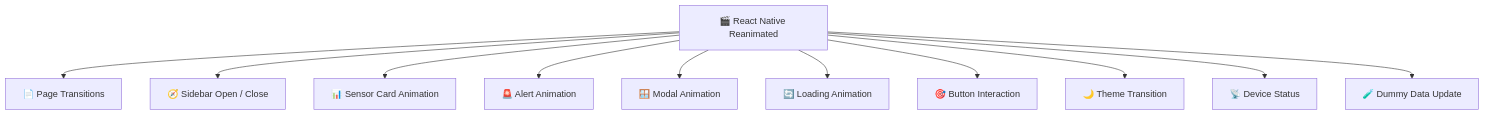
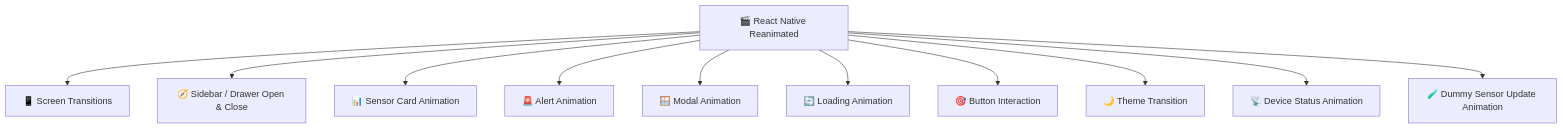
The tenth of 13 diagrams in README.md (abhishekkjaiml/smart-haven-2.0-app), drawn with Mermaid before and after one commit. The commit also changed other lines of this file, not shown here.

Commit message:
update README.md animation

````diff
--- a/README.md
+++ b/README.md
@@ -806,36 +806,36 @@
 ```mermaid
 flowchart TB
 
     MOTION["🎬 React Native Reanimated"]
 
-    PAGE["📄 Page Transitions"]
+    PAGE["📱 Screen Transitions"]
 
-    SIDEBAR["🧭 Sidebar Open / Close"]
+    SIDEBAR["🧭 Sidebar / Drawer Open & Close"]
 
     CARDS["📊 Sensor Card Animation"]
 
     ALERT["🚨 Alert Animation"]
 
     MODAL["🪟 Modal Animation"]
 
     LOADING["🔄 Loading Animation"]
 
     BUTTON["🎯 Button Interaction"]
 
     THEME["🌙 Theme Transition"]
 
-    DEVICE["📡 Device Status"]
+    DEVICE["📡 Device Status Animation"]
 
-    DATA["🧪 Dummy Data Update"]
+    DATA["🧪 Dummy Sensor Update Animation"]
 
     MOTION --> PAGE
     MOTION --> SIDEBAR
     MOTION --> CARDS
     MOTION --> ALERT
     MOTION --> MODAL
     MOTION --> LOADING
     MOTION --> BUTTON
     MOTION --> THEME
     MOTION --> DEVICE
     MOTION --> DATA
 ```
````
